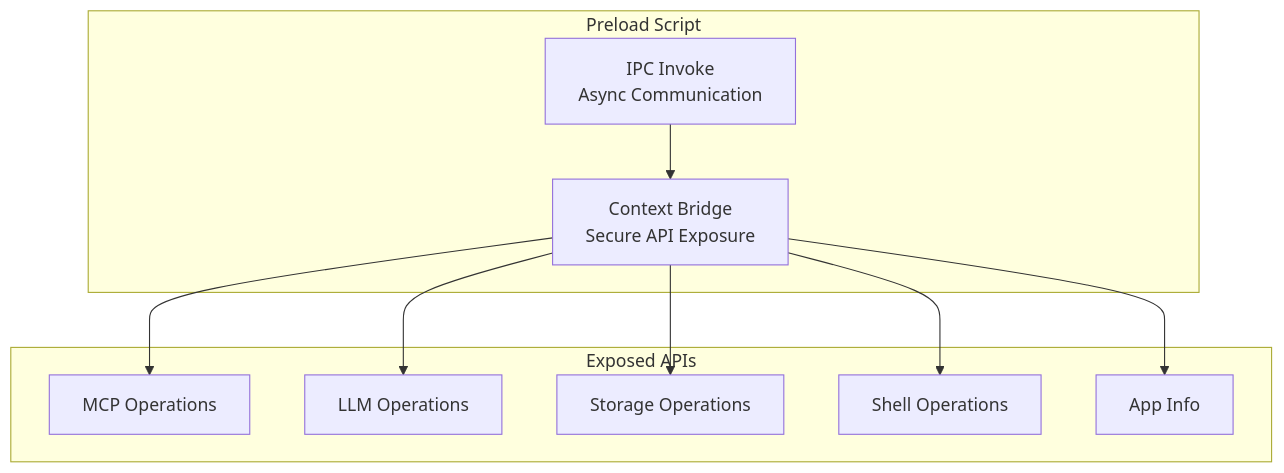
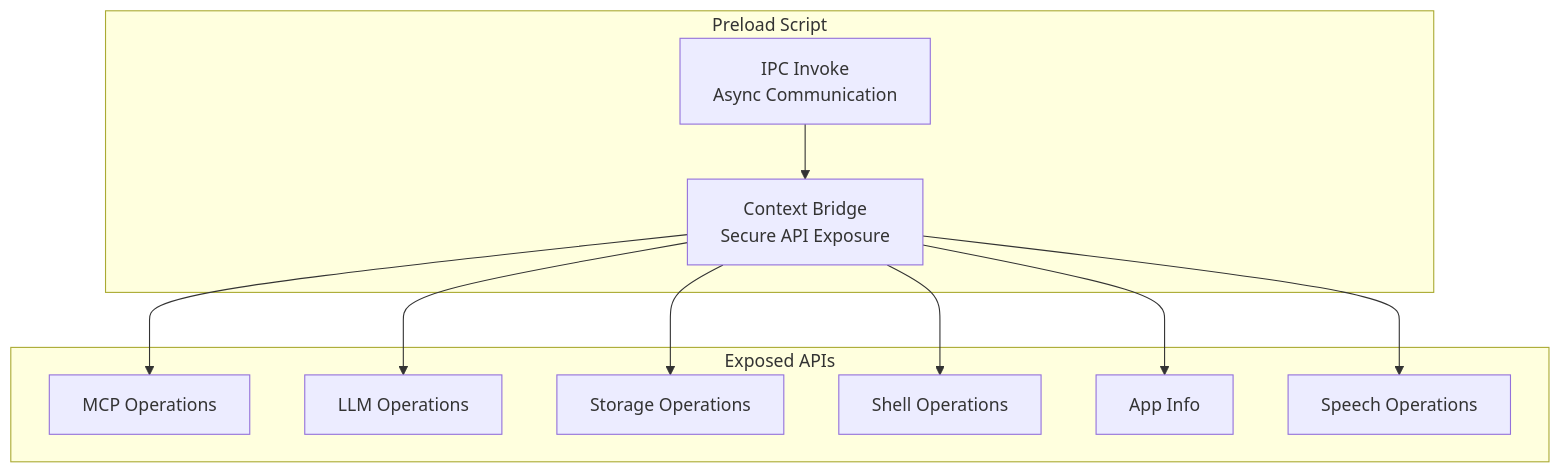
Before and after one commit to meharajM/ai-worker.app: the third of 21 diagrams in architecture.md, drawn with Mermaid. The commit also changed other lines of this file and 34 other files, not shown here.

````diff
--- a/architecture.md
+++ b/architecture.md
@@ -99,22 +104,24 @@
 ```mermaid
 graph TB
     subgraph "Preload Script"
         ContextBridge[Context Bridge<br/>Secure API Exposure]
         IPCInvoke[IPC Invoke<br/>Async Communication]
     end
 
     subgraph "Exposed APIs"
         MCPAPI[MCP Operations]
         LLMAPI[LLM Operations]
         StoreAPI[Storage Operations]
         ShellAPI[Shell Operations]
         AppAPI[App Info]
+        SpeechAPI[Speech Operations]
     end
 
     ContextBridge --> MCPAPI
     ContextBridge --> LLMAPI
     ContextBridge --> StoreAPI
     ContextBridge --> ShellAPI
     ContextBridge --> AppAPI
+    ContextBridge --> SpeechAPI
     IPCInvoke --> ContextBridge
 ```
````
